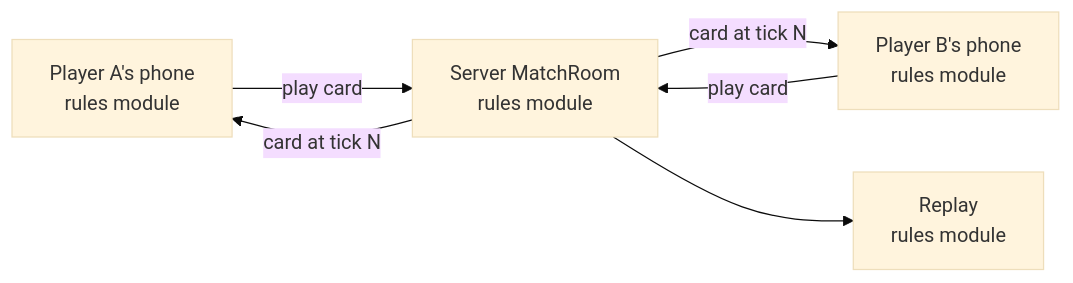
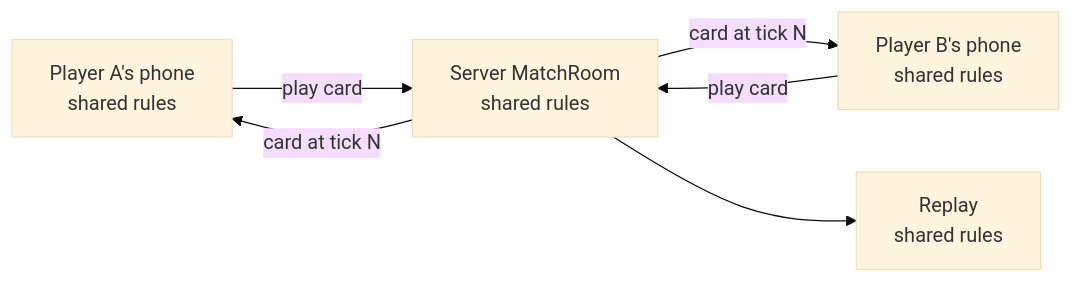
Before and after one commit to codenameone/CodenameOne: the diagram in docs/website/content/blog/build-a-multiplayer-strategy-game-in-java.md, drawn with Mermaid (base theme). The commit also changed 14 other files, not shown here.

```diff
--- a/docs/website/content/blog/build-a-multiplayer-strategy-game-in-java.md
+++ b/docs/website/content/blog/build-a-multiplayer-strategy-game-in-java.md
@@ -96,8 +96,8 @@
 {{< mermaid >}}
 flowchart LR
-    A["Player A's phone<br/>rules module"] -- "play card" --> S["Server MatchRoom<br/>rules module"]
-    B["Player B's phone<br/>rules module"] -- "play card" --> S
+    A["Player A's phone<br/>shared rules"] -- "play card" --> S["Server MatchRoom<br/>shared rules"]
+    B["Player B's phone<br/>shared rules"] -- "play card" --> S
     S -- "card at tick N" --> A
     S -- "card at tick N" --> B
-    S --> R["Replay<br/>rules module"]
+    S --> R["Replay<br/>shared rules"]
 {{< /mermaid >}}
```
